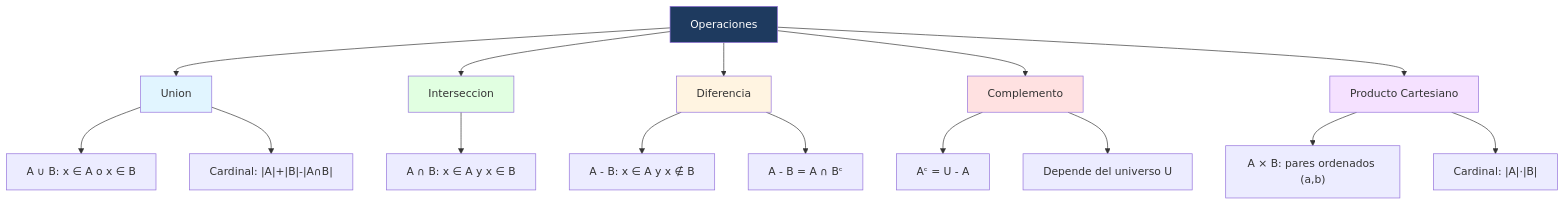
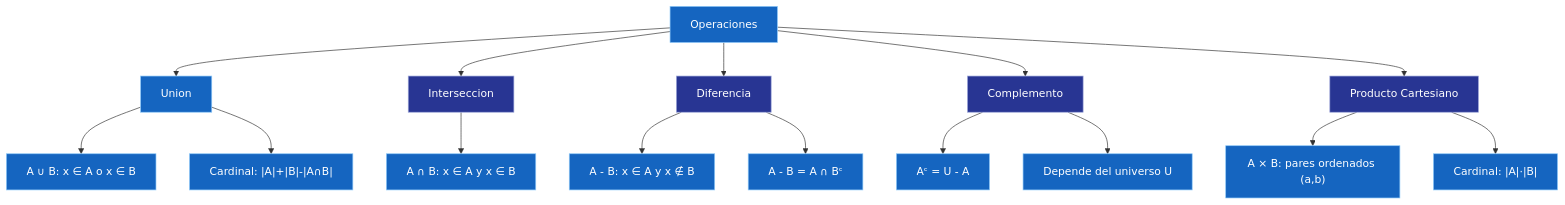
The diagram in src/site/notes/Universidad/3er Semestre/Matemáticas Discretas/Unidad 1 - Logica y Conjuntos/IV - Teoría de Conjuntos/02 - Operaciones y Diagramas de Venn.md (Fsteven22/Notas-ESPOL), drawn with Mermaid before and after one commit. The commit also changed other lines of this file and 79 other files, not shown here.

````diff
--- a/src/site/notes/Universidad/3er Semestre/Matemáticas Discretas/Unidad 1 - Logica y Conjuntos/IV - Teoría de Conjuntos/02 - Operaciones y Diagramas de Venn.md
+++ b/src/site/notes/Universidad/3er Semestre/Matemáticas Discretas/Unidad 1 - Logica y Conjuntos/IV - Teoría de Conjuntos/02 - Operaciones y Diagramas de Venn.md
@@ -272,29 +277,38 @@
 ```mermaid
 graph TD
     A[Operaciones] --> B[Union]
     A --> C[Interseccion]
     A --> D[Diferencia]
     A --> E[Complemento]
     A --> F[Producto Cartesiano]
 
     B --> B1["A ∪ B: x ∈ A o x ∈ B"]
     B --> B2["Cardinal: |A|+|B|-|A∩B|"]
 
     C --> C1["A ∩ B: x ∈ A y x ∈ B"]
 
     D --> D1["A - B: x ∈ A y x ∉ B"]
     D --> D2["A - B = A ∩ Bᶜ"]
 
     E --> E1["Aᶜ = U - A"]
     E --> E2["Depende del universo U"]
 
     F --> F1["A × B: pares ordenados (a,b)"]
     F --> F2["Cardinal: |A|·|B|"]
+    style A fill:#1565C0,color:#FFFFFF,stroke:#90CAF9,stroke-width:1px
+    style B fill:#1565C0,color:#FFFFFF,stroke:#90CAF9,stroke-width:1px
+    style B1 fill:#1565C0,color:#FFFFFF,stroke:#90CAF9,stroke-width:1px
+    style B2 fill:#1565C0,color:#FFFFFF,stroke:#90CAF9,stroke-width:1px
+    style C fill:#283593,color:#FFFFFF,stroke:#9FA8DA,stroke-width:1px
+    style C1 fill:#1565C0,color:#FFFFFF,stroke:#90CAF9,stroke-width:1px
+    style D fill:#283593,color:#FFFFFF,stroke:#9FA8DA,stroke-width:1px
+    style D1 fill:#1565C0,color:#FFFFFF,stroke:#90CAF9,stroke-width:1px
+    style D2 fill:#1565C0,color:#FFFFFF,stroke:#90CAF9,stroke-width:1px
+    style E fill:#283593,color:#FFFFFF,stroke:#9FA8DA,stroke-width:1px
+    style E1 fill:#1565C0,color:#FFFFFF,stroke:#90CAF9,stroke-width:1px
+    style E2 fill:#1565C0,color:#FFFFFF,stroke:#90CAF9,stroke-width:1px
+    style F fill:#283593,color:#FFFFFF,stroke:#9FA8DA,stroke-width:1px
+    style F1 fill:#1565C0,color:#FFFFFF,stroke:#90CAF9,stroke-width:1px
+    style F2 fill:#1565C0,color:#FFFFFF,stroke:#90CAF9,stroke-width:1px
 
-    style A fill:#1e3a5f,color:#fff
-    style B fill:#e1f5ff
-    style C fill:#e1ffe1
-    style D fill:#fff4e1
-    style E fill:#ffe1e1
-    style F fill:#f5e1ff
 ```
````
